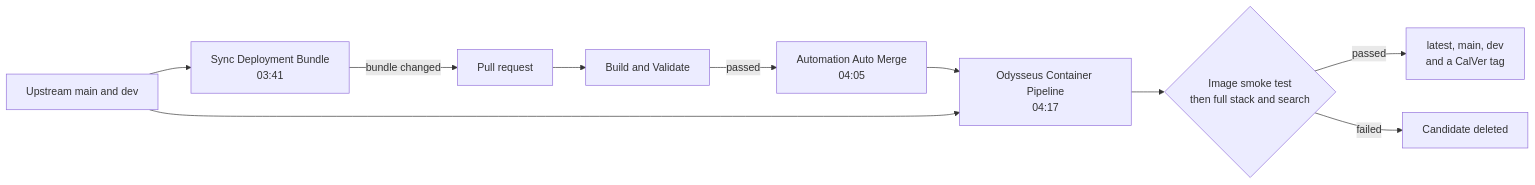
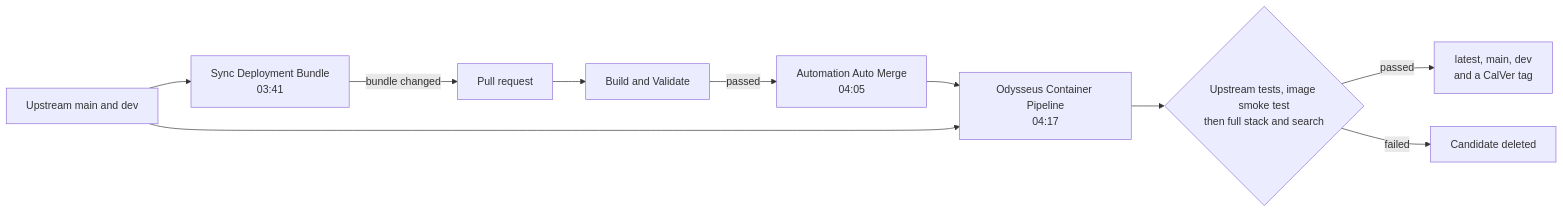
Before and after one commit to netspeedy/odysseusai: the diagram in README.md, drawn with Mermaid. The commit also changed other lines of this file and 6 other files, not shown here.

First line of the commit message:
ci: run upstream's tests for the patched code before building

````diff
--- a/README.md
+++ b/README.md
@@ -99,12 +99,12 @@
 ```mermaid
 flowchart LR
   up[Upstream main and dev] --> sync[Sync Deployment Bundle<br/>03:41]
   sync -->|bundle changed| pr[Pull request]
   pr --> validate[Build and Validate]
   validate -->|passed| merge[Automation Auto Merge<br/>04:05]
   merge --> images
   up --> images[Odysseus Container Pipeline<br/>04:17]
-  images --> gates{Image smoke test<br/>then full stack and search}
+  images --> gates{Upstream tests, image smoke test<br/>then full stack and search}
   gates -->|passed| tags[latest, main, dev<br/>and a CalVer tag]
   gates -->|failed| drop[Candidate deleted]
 ```
````
